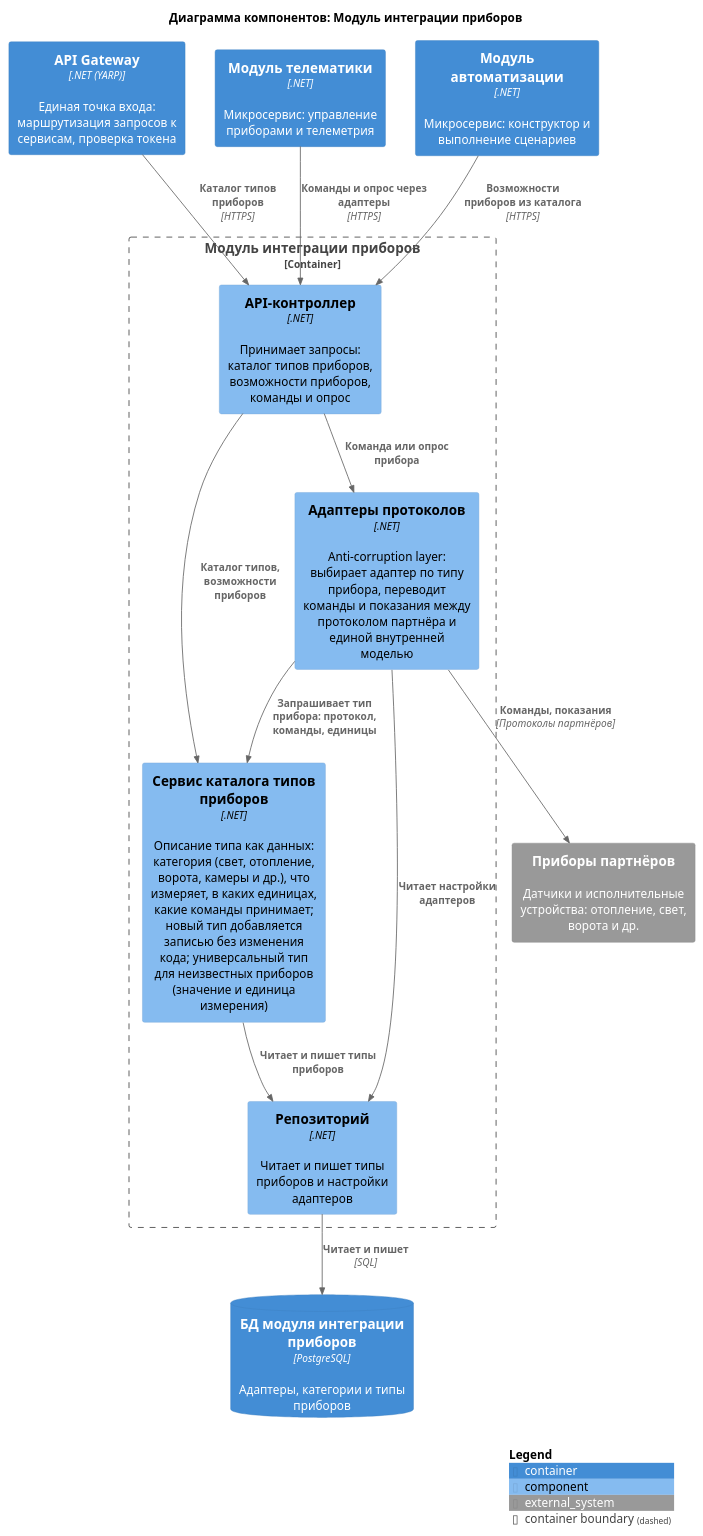
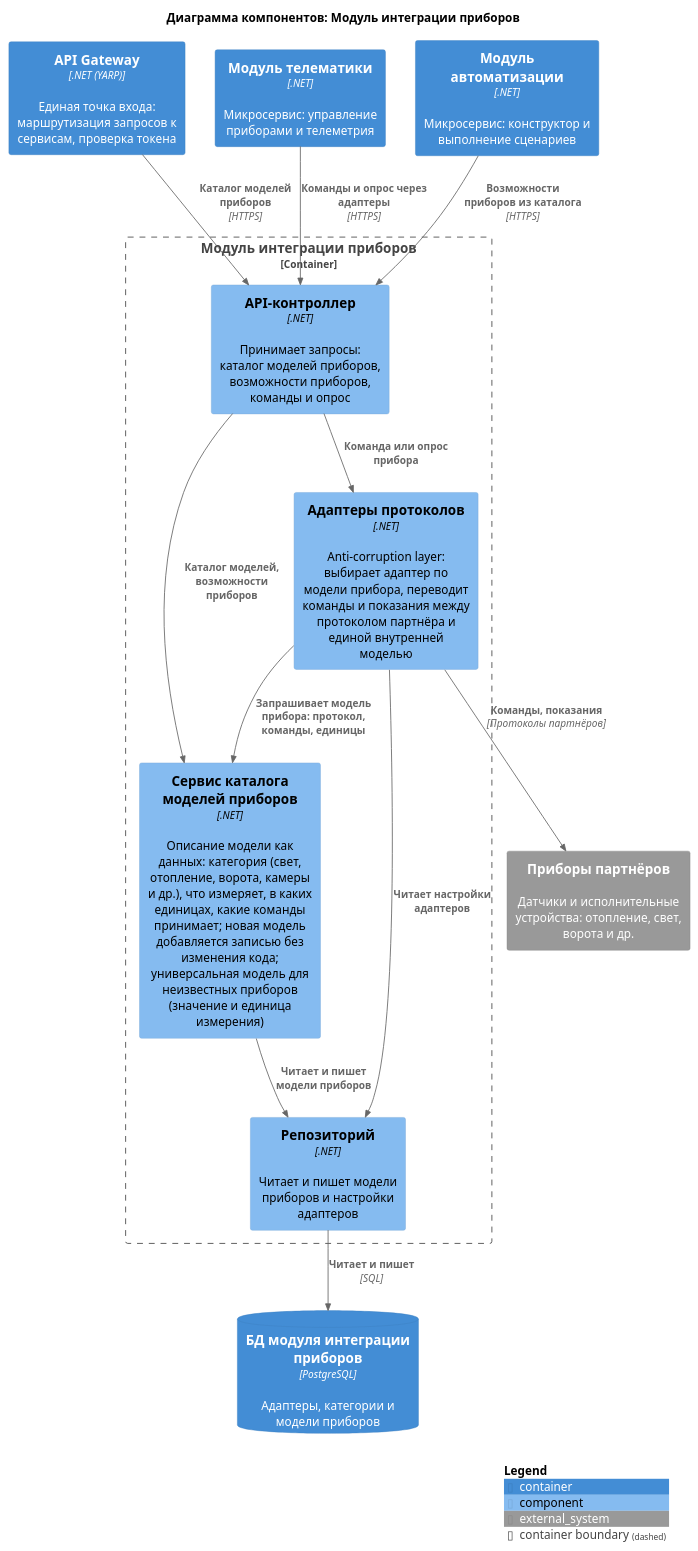
The diagram in diagrams/components/device-integration.puml (Lyamin-av/architecture-warmhouse), drawn with PlantUML before and after one commit. The commit also changed 25 other files, not shown here.

Commit message:
Переименование: «Тип прибора» → «Модель прибора» (каталог, ER, API); «контексты своего типа» → «своей категории»

```diff
--- a/diagrams/components/device-integration.puml
+++ b/diagrams/components/device-integration.puml
@@ -1,33 +1,33 @@
 @startuml device-integration
 !include <C4/C4_Component>
 
 title Диаграмма компонентов: Модуль интеграции приборов
 
 Container(Gateway, "API Gateway", ".NET (YARP)", "Единая точка входа: маршрутизация запросов к сервисам, проверка токена")
 Container(Telematics, "Модуль телематики", ".NET", "Микросервис: управление приборами и телеметрия")
 Container(Automation, "Модуль автоматизации", ".NET", "Микросервис: конструктор и выполнение сценариев")
 System_Ext(devices, "Приборы партнёров", "Датчики и исполнительные устройства: отопление, свет, ворота и др.")
-ContainerDb(dbDIS, "БД модуля интеграции приборов", "PostgreSQL", "Адаптеры, категории и типы приборов")
+ContainerDb(dbDIS, "БД модуля интеграции приборов", "PostgreSQL", "Адаптеры, категории и модели приборов")
 
 Container_Boundary(DeviceIntegration, "Модуль интеграции приборов") {
-    Component(api, "API-контроллер", ".NET", "Принимает запросы: каталог типов приборов, возможности приборов, команды и опрос")
-    Component(catalog, "Сервис каталога типов приборов", ".NET", "Описание типа как данных: категория (свет, отопление, ворота, камеры и др.), что измеряет, в каких единицах, какие команды принимает; новый тип добавляется записью без изменения кода; универсальный тип для неизвестных приборов (значение и единица измерения)")
-    Component(adapters, "Адаптеры протоколов", ".NET", "Anti-corruption layer: выбирает адаптер по типу прибора, переводит команды и показания между протоколом партнёра и единой внутренней моделью")
-    Component(repo, "Репозиторий", ".NET", "Читает и пишет типы приборов и настройки адаптеров")
+    Component(api, "API-контроллер", ".NET", "Принимает запросы: каталог моделей приборов, возможности приборов, команды и опрос")
+    Component(catalog, "Сервис каталога моделей приборов", ".NET", "Описание модели как данных: категория (свет, отопление, ворота, камеры и др.), что измеряет, в каких единицах, какие команды принимает; новая модель добавляется записью без изменения кода; универсальная модель для неизвестных приборов (значение и единица измерения)")
+    Component(adapters, "Адаптеры протоколов", ".NET", "Anti-corruption layer: выбирает адаптер по модели прибора, переводит команды и показания между протоколом партнёра и единой внутренней моделью")
+    Component(repo, "Репозиторий", ".NET", "Читает и пишет модели приборов и настройки адаптеров")
 }
 
-Rel(Gateway, api, "Каталог типов приборов", "HTTPS")
+Rel(Gateway, api, "Каталог моделей приборов", "HTTPS")
 Rel(Telematics, api, "Команды и опрос через адаптеры", "HTTPS")
 Rel(Automation, api, "Возможности приборов из каталога", "HTTPS")
 
-Rel(api, catalog, "Каталог типов, возможности приборов")
+Rel(api, catalog, "Каталог моделей, возможности приборов")
 Rel(api, adapters, "Команда или опрос прибора")
-Rel(adapters, catalog, "Запрашивает тип прибора: протокол, команды, единицы")
+Rel(adapters, catalog, "Запрашивает модель прибора: протокол, команды, единицы")
 Rel(adapters, devices, "Команды, показания", "Протоколы партнёров")
 
-Rel(catalog, repo, "Читает и пишет типы приборов")
+Rel(catalog, repo, "Читает и пишет модели приборов")
 Rel(adapters, repo, "Читает настройки адаптеров")
 Rel(repo, dbDIS, "Читает и пишет", "SQL")
 
 SHOW_LEGEND()
 @enduml
```
